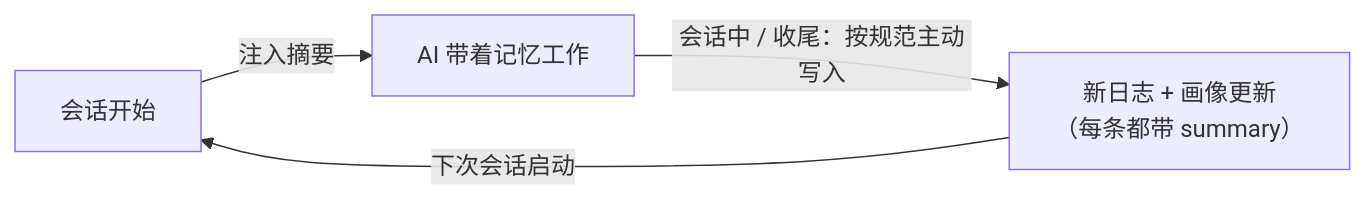
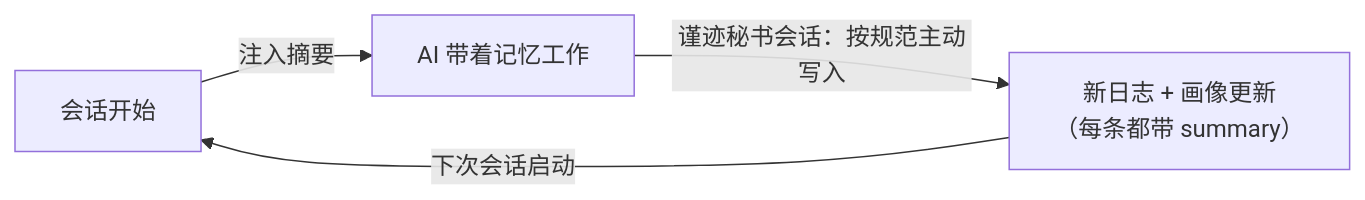
One commit to quan2005/dsh-plugin-jinji changed the fourth of 6 diagrams in docs/architecture.md. Above: the diagram before and after it, drawn with Mermaid. The commit also changed other lines of this file and 9 other files, not shown here.

````diff
--- a/docs/architecture.md
+++ b/docs/architecture.md
@@ -155,6 +157,6 @@
 ```mermaid
 flowchart LR
     S["会话开始"] -->|注入摘要| R["AI 带着记忆工作"]
-    R -->|"会话中 / 收尾：按规范主动写入"| W["新日志 + 画像更新<br/>（每条都带 summary）"]
+    R -->|"谨迹秘书会话：按规范主动写入"| W["新日志 + 画像更新<br/>（每条都带 summary）"]
     W -->|"下次会话启动"| S
 ```
````
